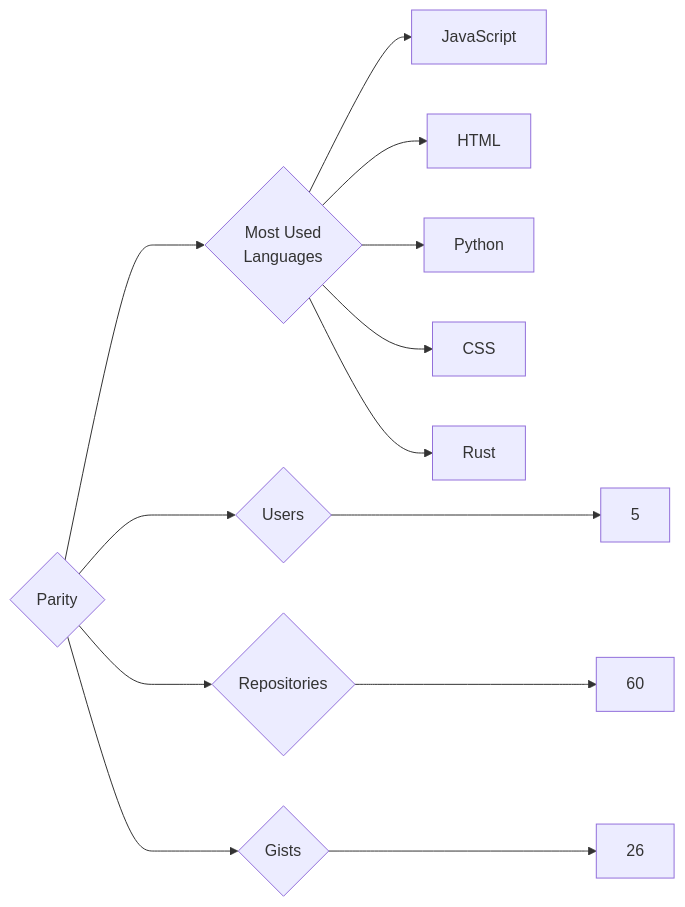
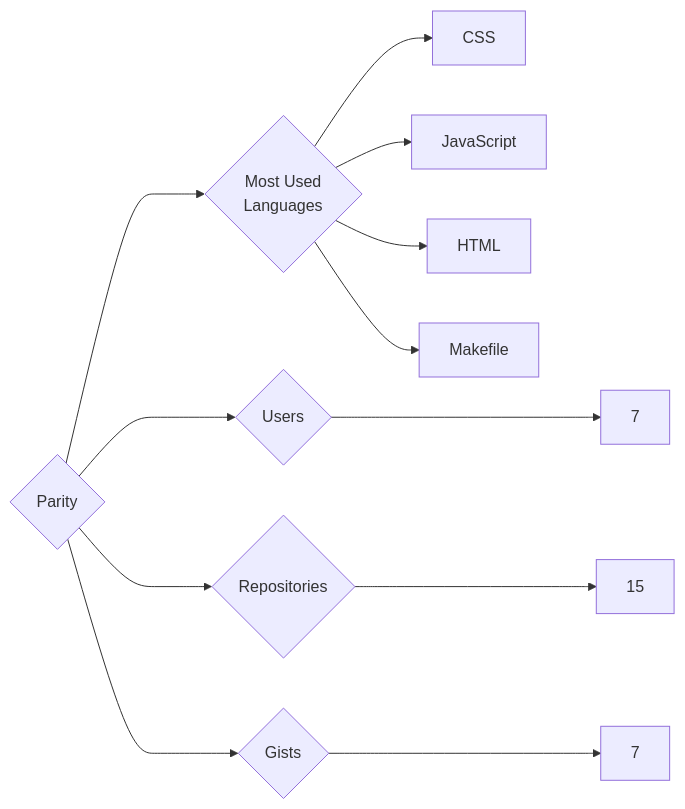
The diagram in targets/Parity/README.md (trickest/insiders), drawn with Mermaid before and after one commit. The commit also changed 1696 other files, not shown here.

````diff
--- a/targets/Parity/README.md
+++ b/targets/Parity/README.md
@@ -3,13 +3,12 @@
 ```mermaid
 graph LR
 COMPANY_NAME{Parity}
-COMPANY_NAME ---> U{Users} ---> UN[5]
-COMPANY_NAME ---> R{Repositories} ---> RN[60]
-COMPANY_NAME ---> G{Gists} ---> GN[26]
+COMPANY_NAME ---> U{Users} ---> UN[7]
+COMPANY_NAME ---> R{Repositories} ---> RN[15]
+COMPANY_NAME ---> G{Gists} ---> GN[7]
 COMPANY_NAME ---> ML{Most Used<br>Languages}
+ML --> CSS[CSS]
 ML --> JavaScript[JavaScript]
 ML --> HTML[HTML]
-ML --> Python[Python]
-ML --> CSS[CSS]
-ML --> Rust[Rust]
+ML --> Makefile[Makefile]
 ```
````
